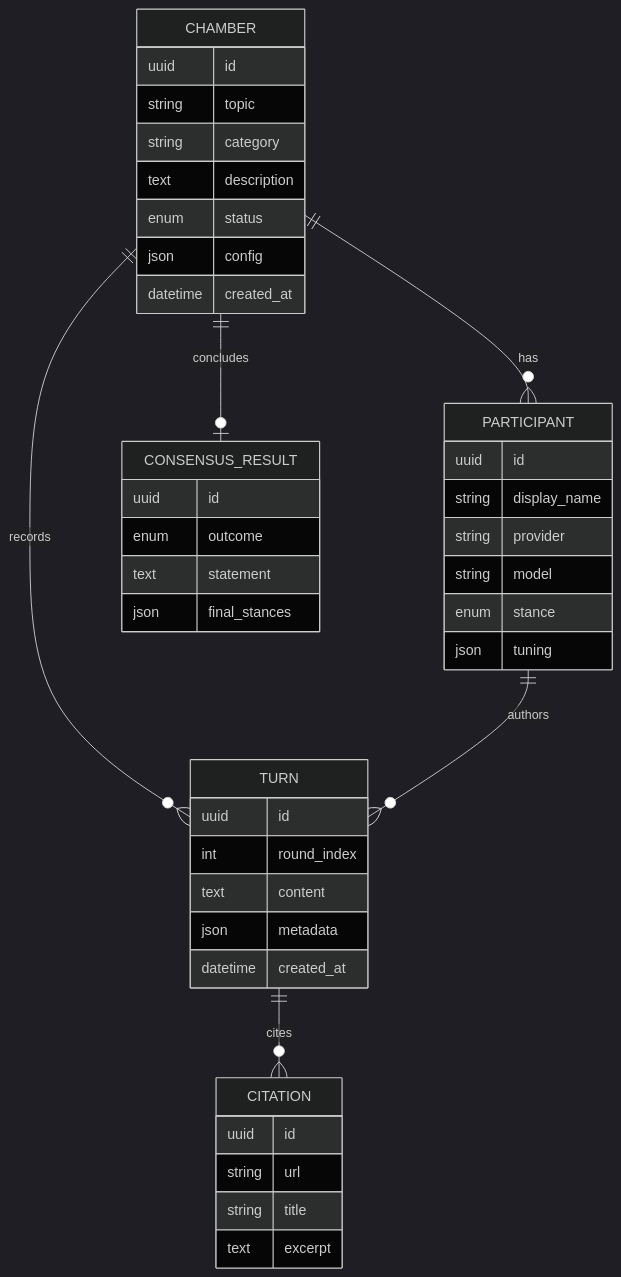
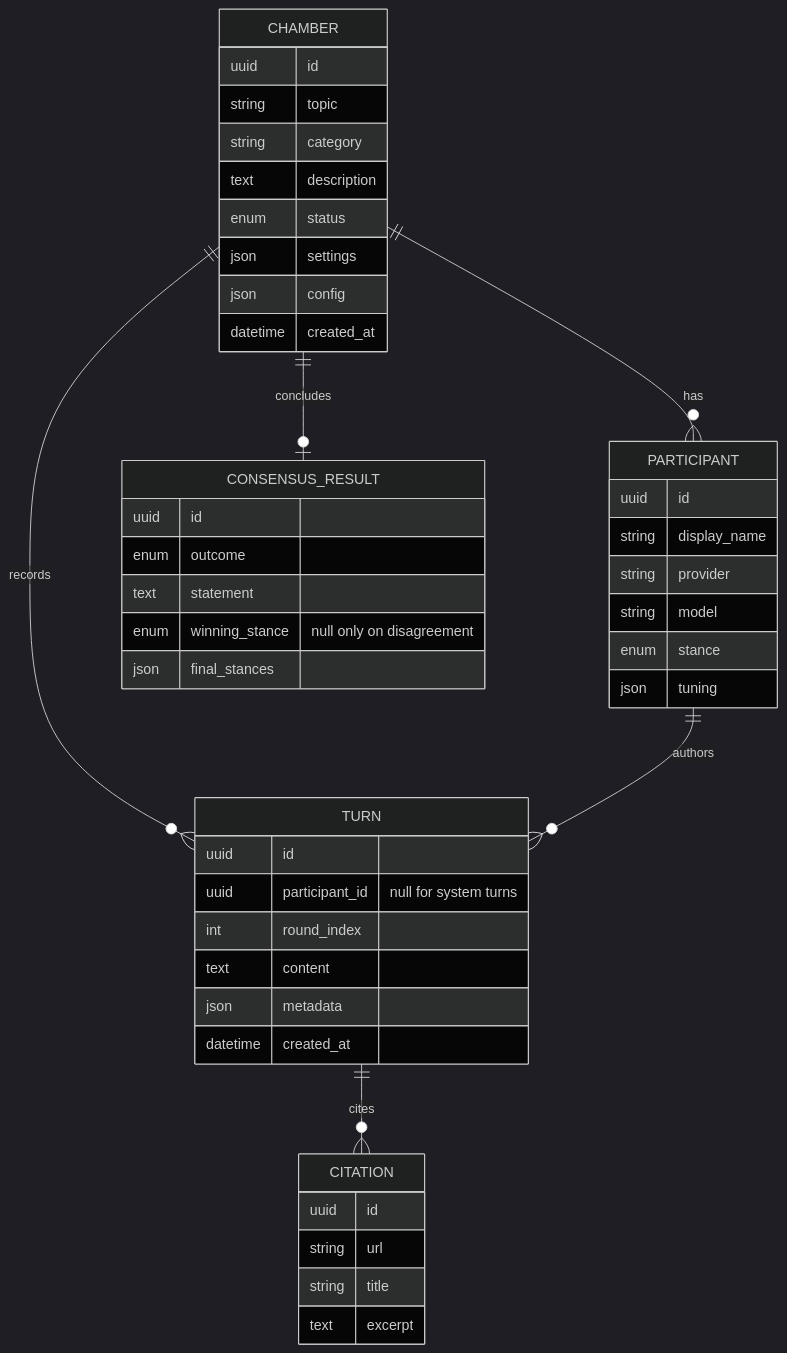
The second of 3 diagrams in docs/architecture.md (ettoreferranti/cicero), drawn with Mermaid (dark theme) before and after one commit. The commit also changed other lines of this file and 13 other files, not shown here.

````diff
--- a/docs/architecture.md
+++ b/docs/architecture.md
@@ -125,45 +125,48 @@
 ```mermaid
 erDiagram
   CHAMBER ||--o{ PARTICIPANT : has
   CHAMBER ||--o{ TURN : records
   CHAMBER ||--o| CONSENSUS_RESULT : concludes
   PARTICIPANT ||--o{ TURN : authors
   TURN ||--o{ CITATION : cites
 
   CHAMBER {
     uuid id
     string topic
     string category
     text description
     enum status
+    json settings
     json config
     datetime created_at
   }
   PARTICIPANT {
     uuid id
     string display_name
     string provider
     string model
     enum stance
     json tuning
   }
   TURN {
     uuid id
+    uuid participant_id "null for system turns"
     int round_index
     text content
     json metadata
     datetime created_at
   }
   CONSENSUS_RESULT {
     uuid id
     enum outcome
     text statement
+    enum winning_stance "null only on disagreement"
     json final_stances
   }
   CITATION {
     uuid id
     string url
     string title
     text excerpt
   }
 ```
````
